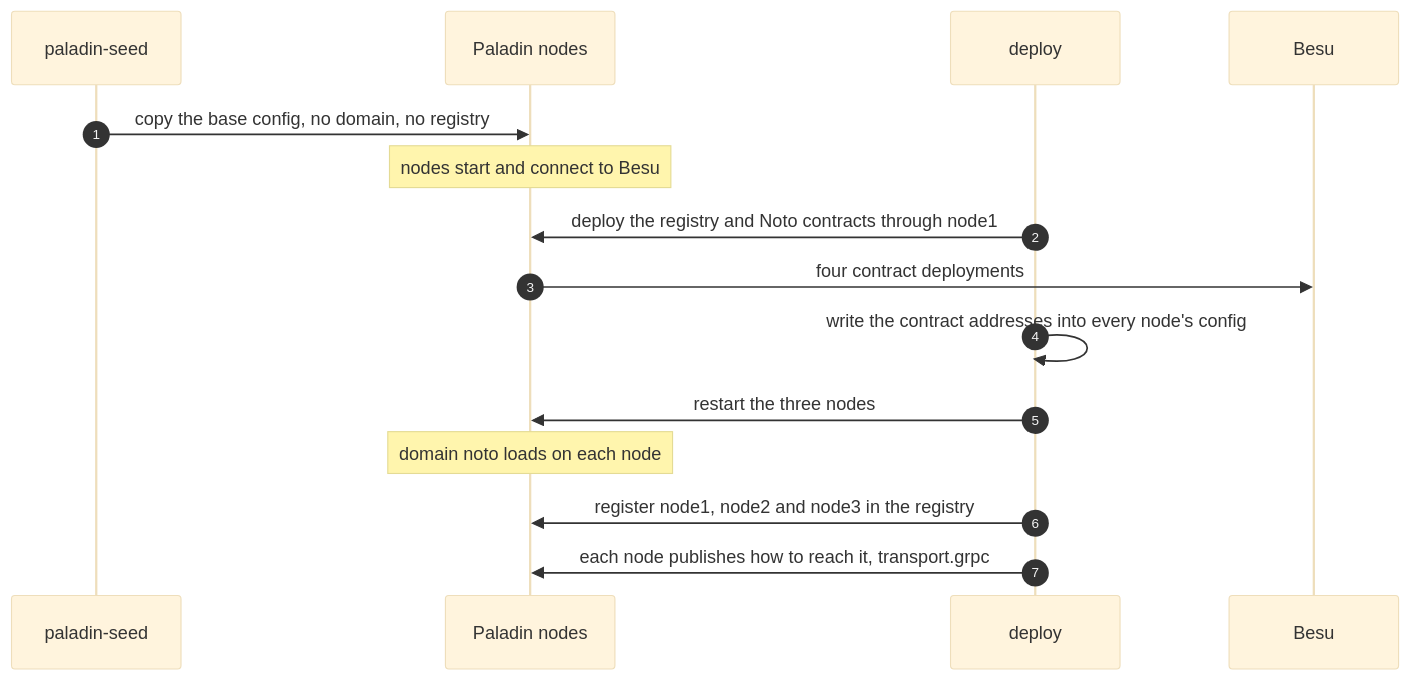
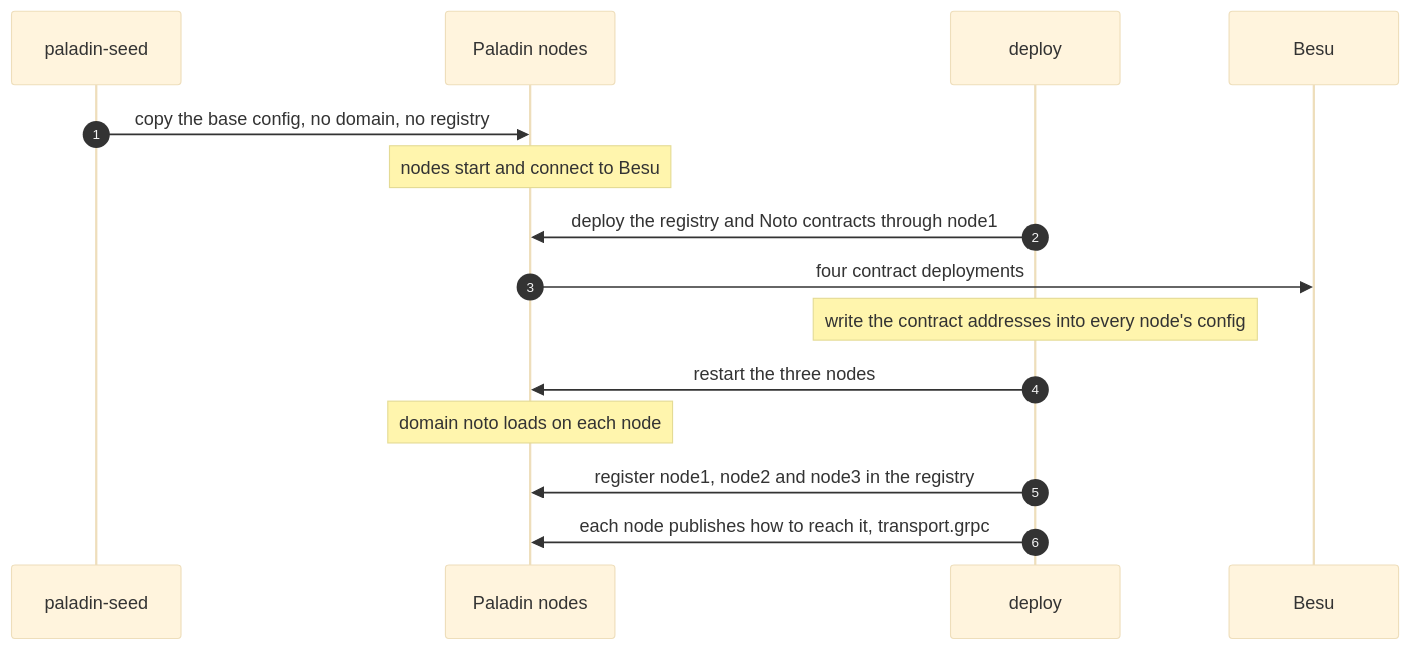
One commit to hohowin/besu-with-firefly changed the second of 3 diagrams in docs/paladin-guide.md. Above: the diagram before and after it, drawn with Mermaid (base theme). The commit also changed other lines of this file and 9 other files, not shown here.

Commit message:
feat: Paladin UI on by default; Paladin guide diagrams fixed and Zeto/Pente added; Paladin domains document

````diff
--- a/docs/paladin-guide.md
+++ b/docs/paladin-guide.md
@@ -89,18 +103,18 @@
 ```mermaid
 sequenceDiagram
   autonumber
   participant S as paladin-seed
   participant N as Paladin nodes
   participant D as deploy
   participant B as Besu
 
   S->>N: copy the base config, no domain, no registry
   Note over N: nodes start and connect to Besu
   D->>N: deploy the registry and Noto contracts through node1
   N->>B: four contract deployments
-  D->>D: write the contract addresses into every node's config
+  Note over D: write the contract addresses into every node's config
   D->>N: restart the three nodes
   Note over N: domain noto loads on each node
   D->>N: register node1, node2 and node3 in the registry
   D->>N: each node publishes how to reach it, transport.grpc
 ```
````
